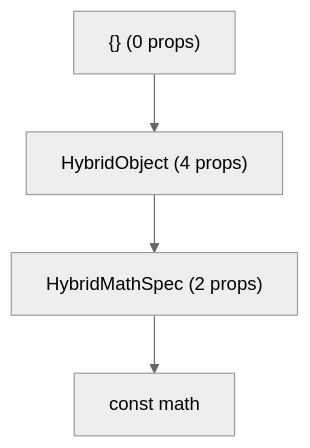
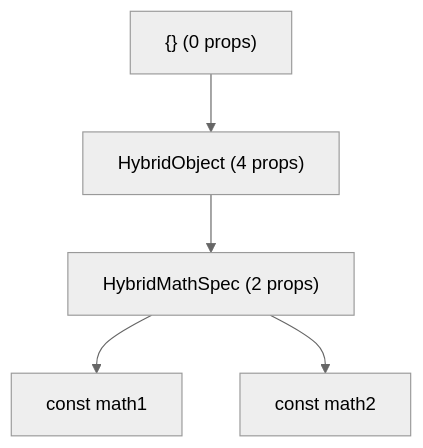
One commit to mrousavy/nitro changed the diagram in docs/docs/hybrid-objects.md. Above: the diagram before and after it, drawn with Mermaid (neutral theme).

Commit message:
docs: Provide better inheritance example

````diff
--- a/docs/docs/hybrid-objects.md
+++ b/docs/docs/hybrid-objects.md
@@ -68,5 +68,6 @@
 ```mermaid
 graph TD;
   obj["{} (0 props)"]-->HybridObject["HybridObject (4 props)"]-->HybridMathSpec["HybridMathSpec (2 props)"]
-  HybridMathSpec-->Math["const math"]
+  HybridMathSpec-->Math1["const math1"]
+  HybridMathSpec-->Math2["const math2"]
 ```
````
